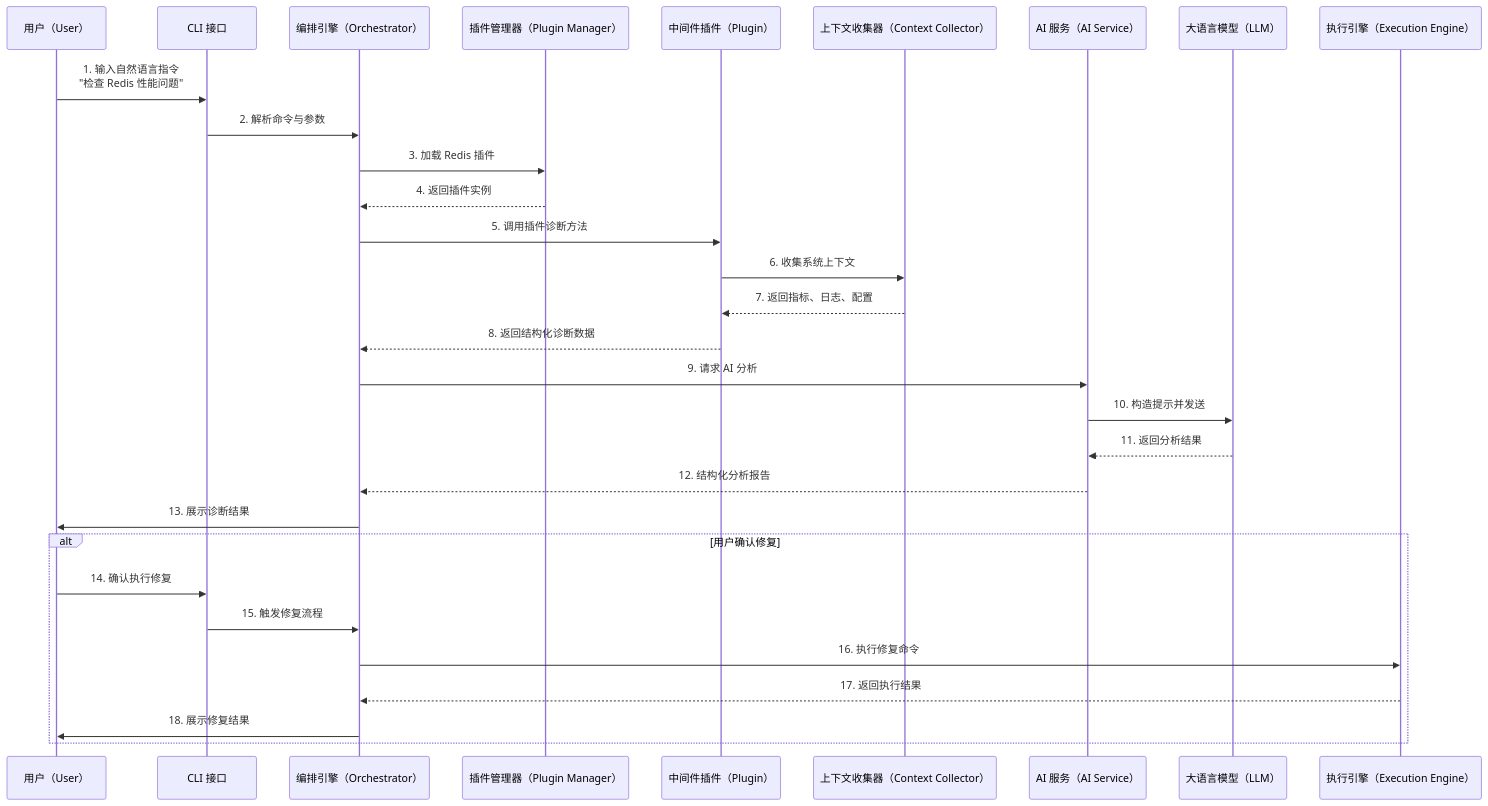
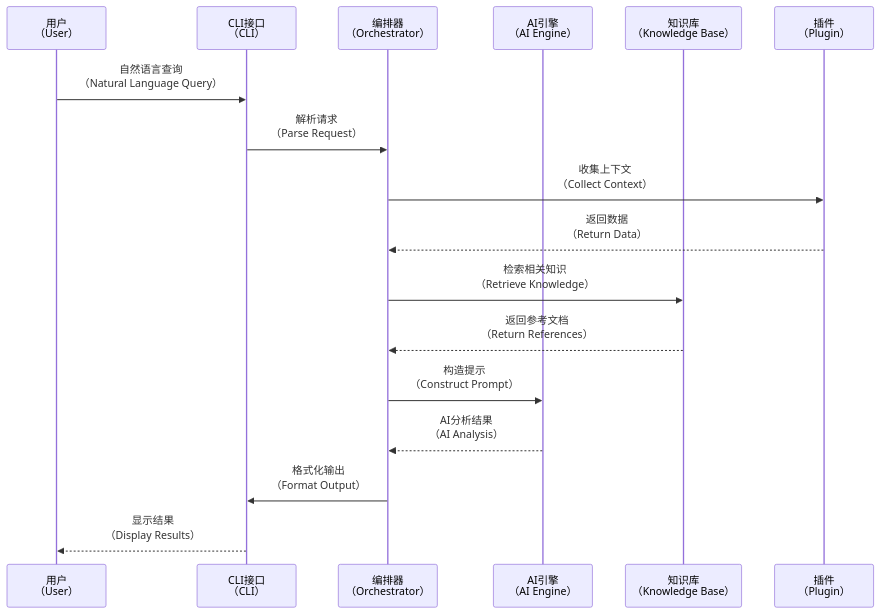
One commit to turtacn/kubestack-ai changed the third of 9 diagrams in docs/architecture.md. Above: the diagram before and after it, drawn with Mermaid. The commit also changed other lines of this file, not shown here.

````diff
--- a/docs/architecture.md
+++ b/docs/architecture.md
@@ -98,37 +183,20 @@
 ```mermaid
 sequenceDiagram
-    participant U as 用户（User）
-    participant CLI as CLI 接口
-    participant O as 编排引擎（Orchestrator）
-    participant PM as 插件管理器（Plugin Manager）
-    participant P as 中间件插件（Plugin）
-    participant CC as 上下文收集器（Context Collector）
-    participant AI as AI 服务（AI Service）
-    participant LLM as 大语言模型（LLM）
-    participant E as 执行引擎（Execution Engine）
+    participant User as 用户<br/>（User）
+    participant CLI as CLI接口<br/>（CLI）
+    participant ORCH as 编排器<br/>（Orchestrator）
+    participant AI as AI引擎<br/>（AI Engine）
+    participant RAG as 知识库<br/>（Knowledge Base）
+    participant PLUGIN as 插件<br/>（Plugin）
 
-    U->>CLI: 1. 输入自然语言指令<br/>"检查 Redis 性能问题"
-    CLI->>O: 2. 解析命令与参数
-    O->>PM: 3. 加载 Redis 插件
-    PM-->>O: 4. 返回插件实例
-    
-    O->>P: 5. 调用插件诊断方法
-    P->>CC: 6. 收集系统上下文
-    CC-->>P: 7. 返回指标、日志、配置
-    P-->>O: 8. 返回结构化诊断数据
-    
-    O->>AI: 9. 请求 AI 分析
-    AI->>LLM: 10. 构造提示并发送
-    LLM-->>AI: 11. 返回分析结果
-    AI-->>O: 12. 结构化分析报告
-    
-    O->>U: 13. 展示诊断结果
-    
-    alt 用户确认修复
-        U->>CLI: 14. 确认执行修复
-        CLI->>O: 15. 触发修复流程
-        O->>E: 16. 执行修复命令
-        E-->>O: 17. 返回执行结果
-        O->>U: 18. 展示修复结果
-    end
+    User->>CLI: 自然语言查询<br/>（Natural Language Query）
+    CLI->>ORCH: 解析请求<br/>（Parse Request）
+    ORCH->>PLUGIN: 收集上下文<br/>（Collect Context）
+    PLUGIN-->>ORCH: 返回数据<br/>（Return Data）
+    ORCH->>RAG: 检索相关知识<br/>（Retrieve Knowledge）
+    RAG-->>ORCH: 返回参考文档<br/>（Return References）
+    ORCH->>AI: 构造提示<br/>（Construct Prompt）
+    AI-->>ORCH: AI分析结果<br/>（AI Analysis）
+    ORCH->>CLI: 格式化输出<br/>（Format Output）
+    CLI-->>User: 显示结果<br/>（Display Results）
 ```
````
